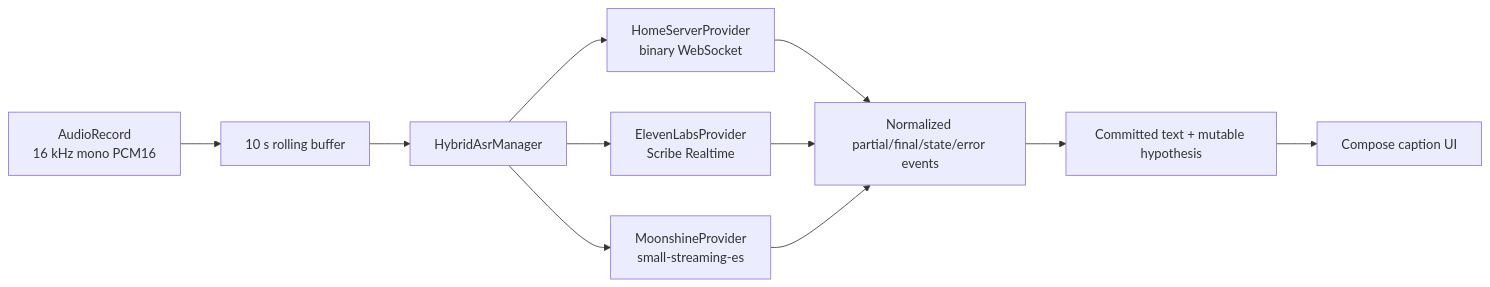
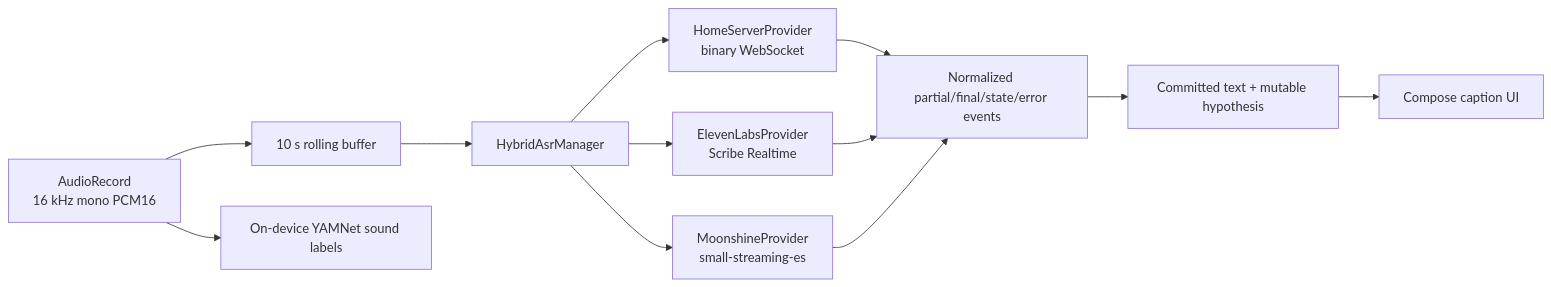
One commit to danngalann/livecaption changed the diagram in README.md. Above: the diagram before and after it, drawn with Mermaid. The commit also changed other lines of this file and 16 other files, not shown here.

````diff
--- a/README.md
+++ b/README.md
@@ -68,13 +70,14 @@
 ```mermaid
 flowchart LR
     Mic[AudioRecord\n16 kHz mono PCM16] --> Buffer[10 s rolling buffer]
+    Mic --> Sounds[On-device YAMNet sound labels]
     Buffer --> Manager[HybridAsrManager]
     Manager --> Home[HomeServerProvider\nbinary WebSocket]
     Manager --> Eleven[ElevenLabsProvider\nScribe Realtime]
     Manager --> Moon[MoonshineProvider\nsmall-streaming-es]
     Home --> Events[Normalized partial/final/state/error events]
     Eleven --> Events
     Moon --> Events
     Events --> Reconcile[Committed text + mutable hypothesis]
     Reconcile --> UI[Compose caption UI]
 ```
````
